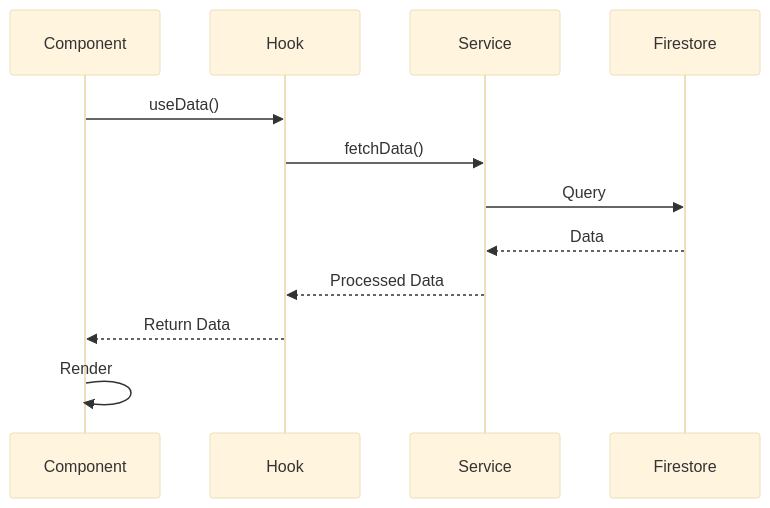
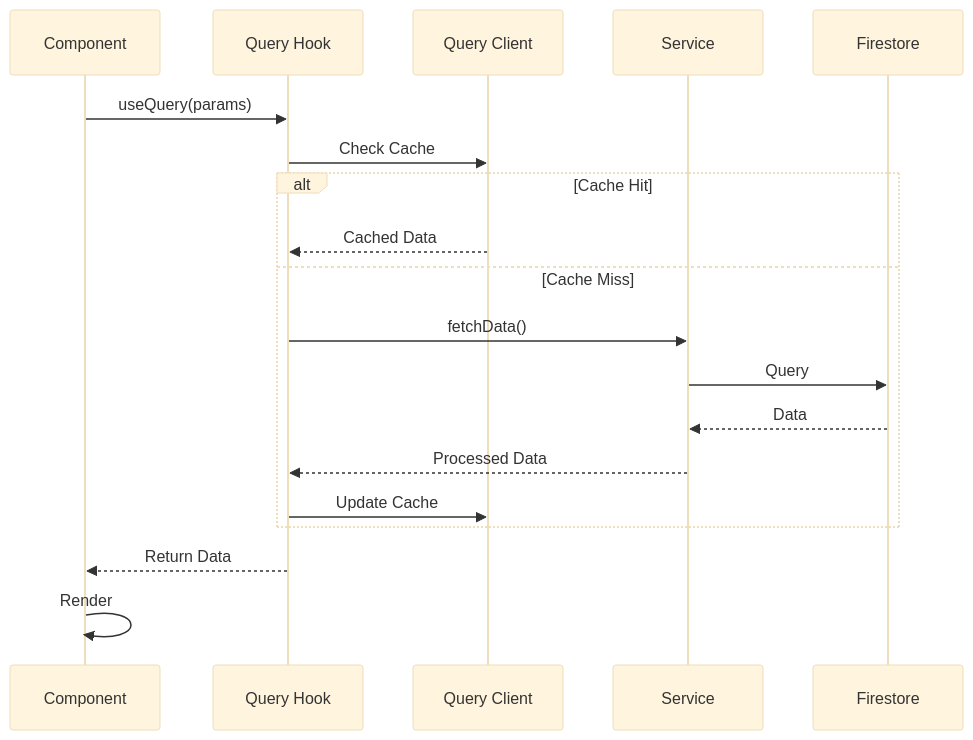
Before and after one commit to Arvss07/taravel-admin-docs-official: the fourth of 4 diagrams in docs/architecture/system-overview.md, drawn with Mermaid (base theme). The commit also changed other lines of this file and 16 other files, not shown here.

````diff
--- a/docs/architecture/system-overview.md
+++ b/docs/architecture/system-overview.md
@@ -129,15 +165,22 @@
 ```mermaid
 sequenceDiagram
     participant C as Component
-    participant H as Hook
+    participant QH as Query Hook
+    participant QC as Query Client
     participant S as Service
     participant F as Firestore
     
-    C->>H: useData()
-    H->>S: fetchData()
-    S->>F: Query
-    F-->>S: Data
-    S-->>H: Processed Data
-    H-->>C: Return Data
+    C->>QH: useQuery(params)
+    QH->>QC: Check Cache
+    alt Cache Hit
+        QC-->>QH: Cached Data
+    else Cache Miss
+        QH->>S: fetchData()
+        S->>F: Query
+        F-->>S: Data
+        S-->>QH: Processed Data
+        QH->>QC: Update Cache
+    end
+    QH-->>C: Return Data
     C->>C: Render
 ```
````
